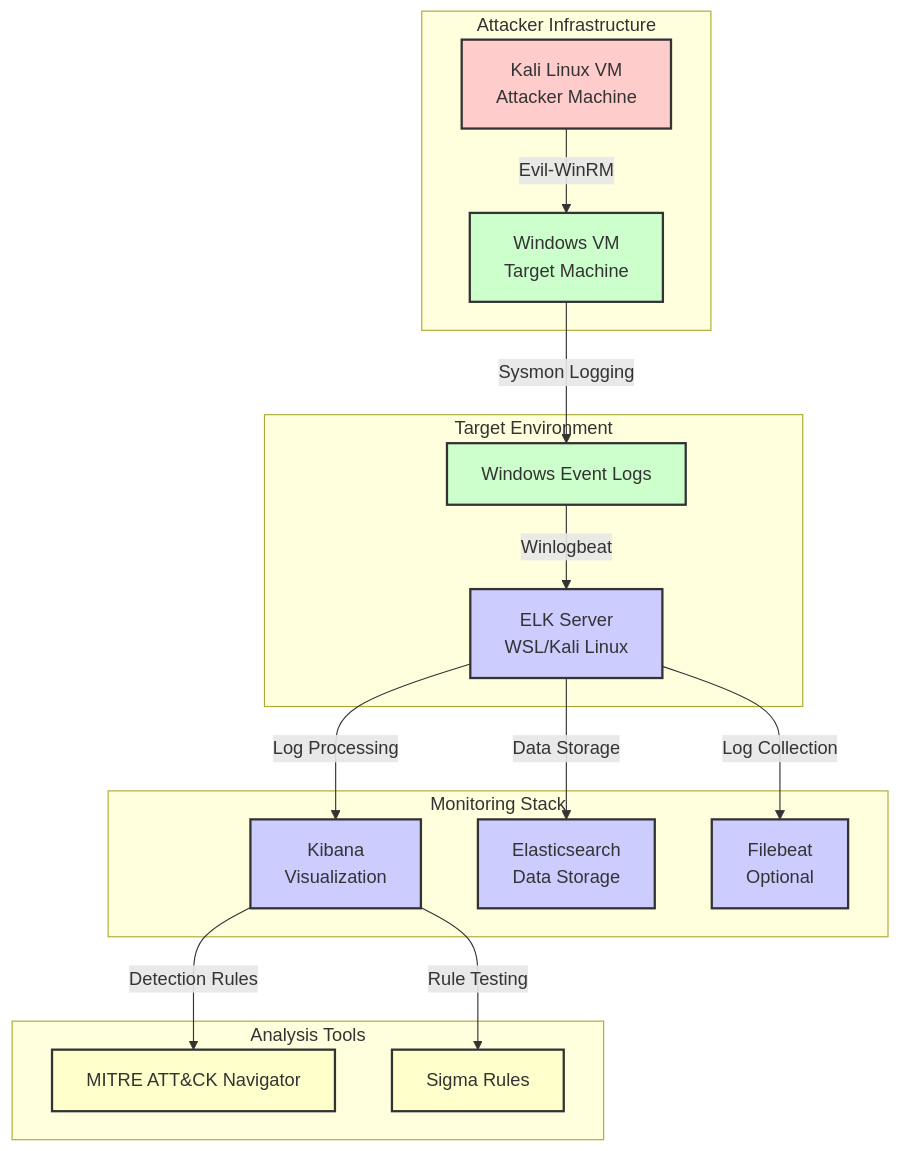
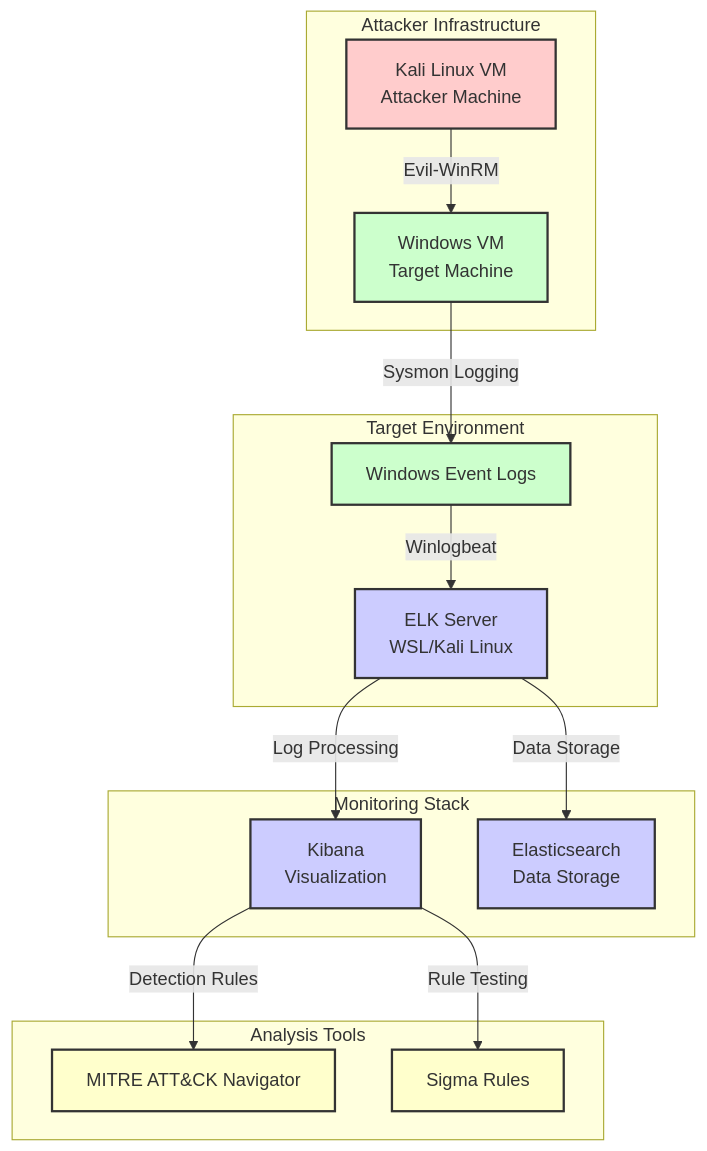
The first of 2 diagrams in README.md (khaireddinechebbi/APTs-Detection-Framework), drawn with Mermaid before and after one commit.

````diff
--- a/README.md
+++ b/README.md
@@ -15,38 +15,37 @@
 ```mermaid
 graph TB
     %% Attack Infrastructure
     subgraph Attacker Infrastructure
         A[Kali Linux VM<br/>Attacker Machine]
         A -->|Evil-WinRM| W[Windows VM<br/>Target Machine]
     end
 
     %% Target Infrastructure
     subgraph Target Environment
         W -->|Sysmon Logging| L[Windows Event Logs]
         L -->|Winlogbeat| E[ELK Server<br/>WSL/Kali Linux]
     end
 
     %% Monitoring Infrastructure
     subgraph Monitoring Stack
         E -->|Log Processing| K[Kibana<br/>Visualization]
         E -->|Data Storage| S[Elasticsearch<br/>Data Storage]
-        E -->|Log Collection| F[Filebeat<br/>Optional]
     end
 
     %% Analysis Components
     subgraph Analysis Tools
         K -->|Detection Rules| M[MITRE ATT&CK Navigator]
         K -->|Rule Testing| R[Sigma Rules]
     end
 
     %% Style Definitions
     classDef attacker fill:#ffcccc,stroke:#333,stroke-width:2px
     classDef target fill:#ccffcc,stroke:#333,stroke-width:2px
     classDef monitoring fill:#ccccff,stroke:#333,stroke-width:2px
     classDef analysis fill:#ffffcc,stroke:#333,stroke-width:2px
     
     class A attacker
     class W,L target
-    class E,K,S,F monitoring
+    class E,K,S monitoring
     class M,R analysis
 ```
````
